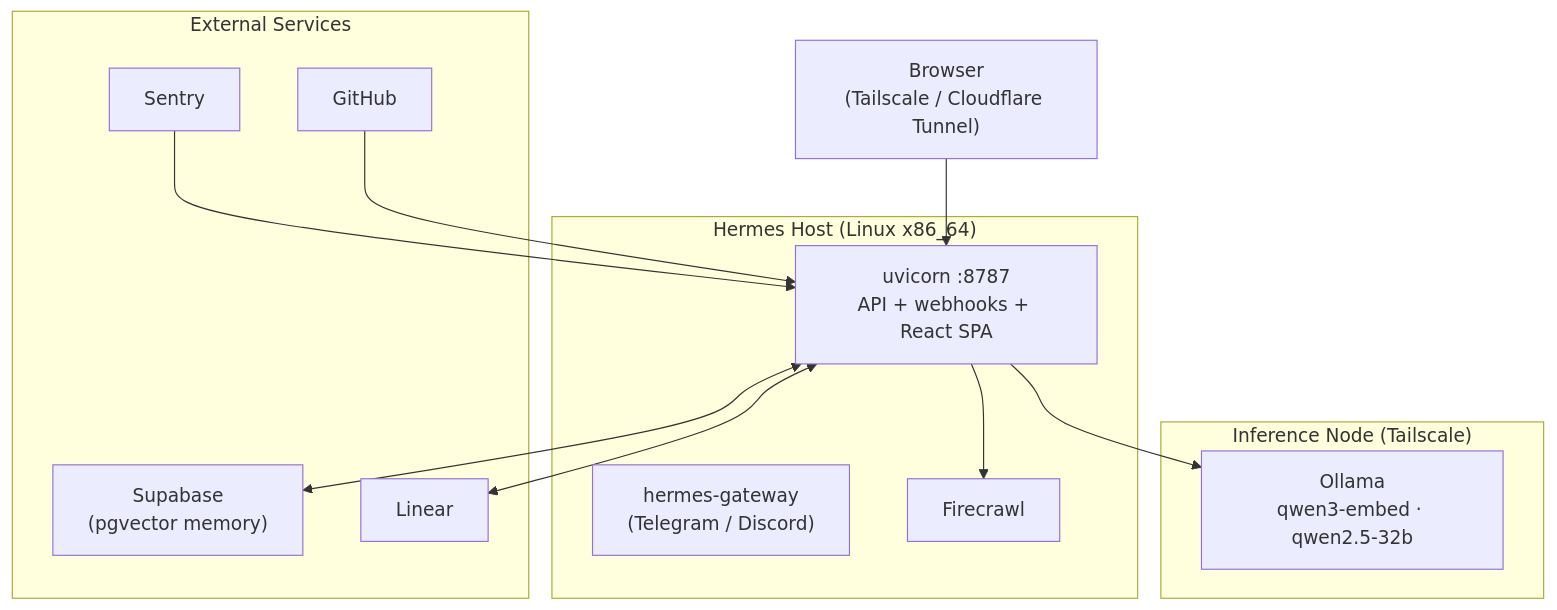
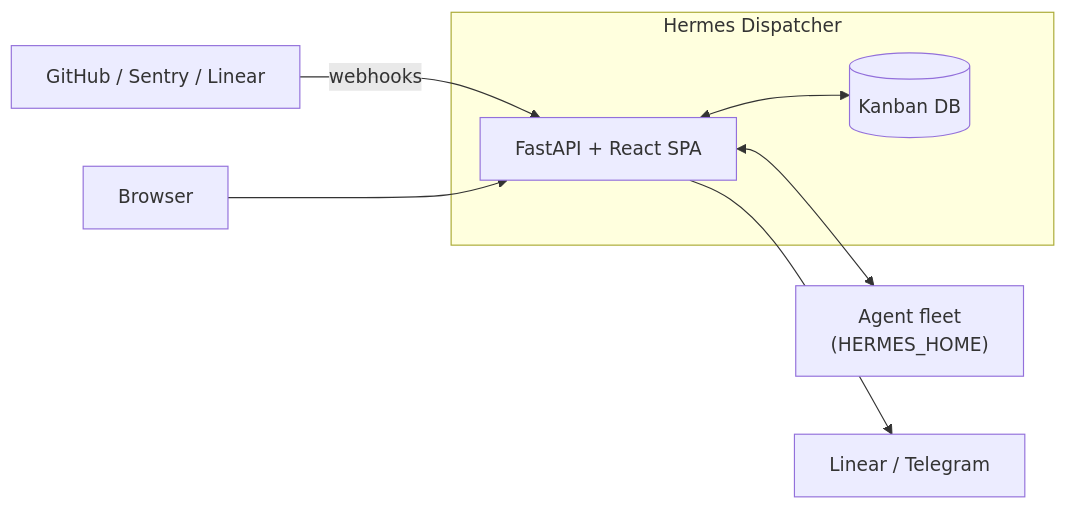
The diagram in README.md (andrewalhaj/hermes-dispatcher), drawn with Mermaid before and after one commit. The commit also changed other lines of this file, not shown here.

First line of the commit message:
docs(readme): rewrite — architecture, features, API groups, config, stack, limits

````diff
--- a/README.md
+++ b/README.md
@@ -77,29 +11,14 @@
 ```mermaid
-flowchart TB
-    BROWSER["Browser<br/>(Tailscale / Cloudflare Tunnel)"]
+flowchart LR
+    EXT["GitHub / Sentry / Linear"] -->|webhooks| API
+    BROWSER["Browser"] --> API
 
-    subgraph Host["Hermes Host (Linux x86_64)"]
-        UVICORN["uvicorn :8787<br/>API + webhooks + React SPA"]
-        GATEWAY["hermes-gateway<br/>(Telegram / Discord)"]
-        FIRECRAWL["Firecrawl"]
+    subgraph Dispatcher["Hermes Dispatcher"]
+        API["FastAPI + React SPA"]
+        DB[("Kanban DB")]
+        API <--> DB
     end
 
-    subgraph Cloud["External Services"]
-        SUPABASE["Supabase<br/>(pgvector memory)"]
-        LINEAR2["Linear"]
-        SENTRY2["Sentry"]
-        GH2["GitHub"]
-    end
-
-    subgraph GPU["Inference Node (Tailscale)"]
-        OLLAMA["Ollama<br/>qwen3-embed · qwen2.5-32b"]
-    end
-
-    BROWSER --> UVICORN
-    UVICORN --> FIRECRAWL
-    UVICORN <--> SUPABASE
-    UVICORN <--> LINEAR2
-    SENTRY2 --> UVICORN
-    GH2 --> UVICORN
-    UVICORN --> OLLAMA
+    API <--> AGENTS["Agent fleet<br/>(HERMES_HOME)"]
+    API --> OUT["Linear / Telegram"]
 ```
````
